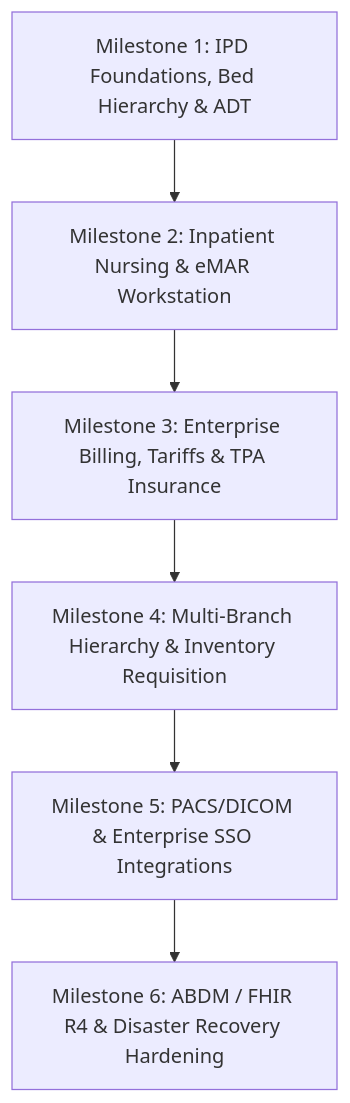
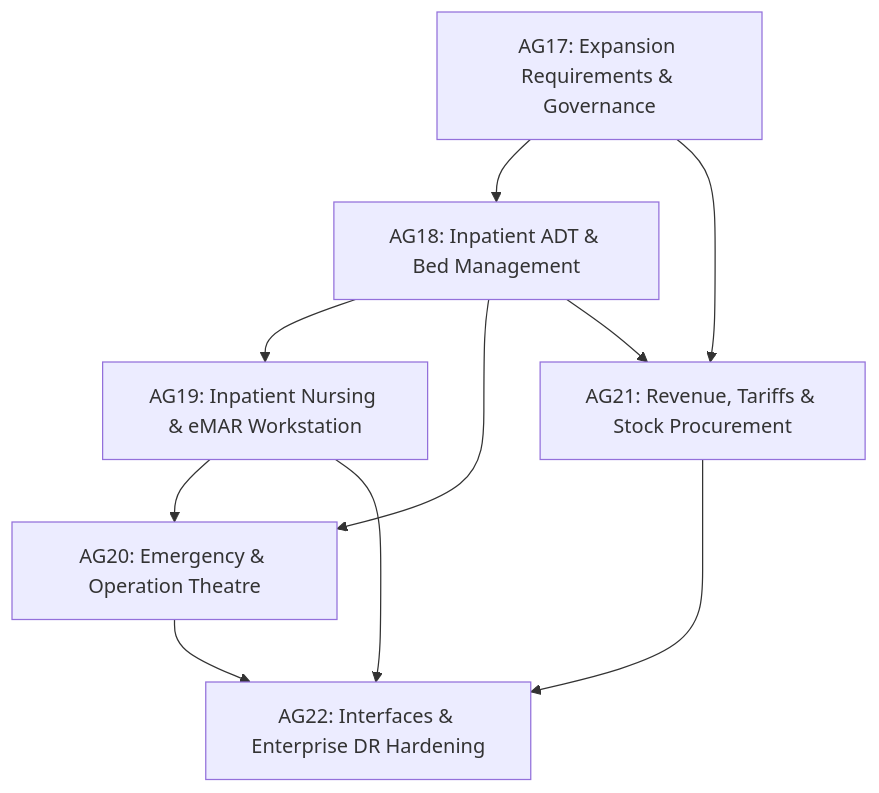
Before and after one commit to khushalmidha/MediPulse: the diagram in docs/ENTERPRISE_PLAN.md, drawn with Mermaid. The commit also changed other lines of this file and 6 other files, not shown here.

Commit message:
AG17: Enterprise hospital expansion requirements and phases

````diff
--- a/docs/ENTERPRISE_PLAN.md
+++ b/docs/ENTERPRISE_PLAN.md
@@ -50,8 +89,12 @@
 ```mermaid
 graph TD
-    M1[Milestone 1: IPD Foundations, Bed Hierarchy & ADT] --> M2[Milestone 2: Inpatient Nursing & eMAR Workstation]
-    M2 --> M3[Milestone 3: Enterprise Billing, Tariffs & TPA Insurance]
-    M3 --> M4[Milestone 4: Multi-Branch Hierarchy & Inventory Requisition]
-    M4 --> M5[Milestone 5: PACS/DICOM & Enterprise SSO Integrations]
-    M5 --> M6[Milestone 6: ABDM / FHIR R4 & Disaster Recovery Hardening]
+    AG17[AG17: Expansion Requirements & Governance] --> AG18[AG18: Inpatient ADT & Bed Management]
+    AG18 --> AG19[AG19: Inpatient Nursing & eMAR Workstation]
+    AG18 --> AG20[AG20: Emergency & Operation Theatre]
+    AG19 --> AG20
+    AG17 --> AG21[AG21: Revenue, Tariffs & Stock Procurement]
+    AG18 --> AG21
+    AG19 --> AG22[AG22: Interfaces & Enterprise DR Hardening]
+    AG20 --> AG22
+    AG21 --> AG22
 ```
````
